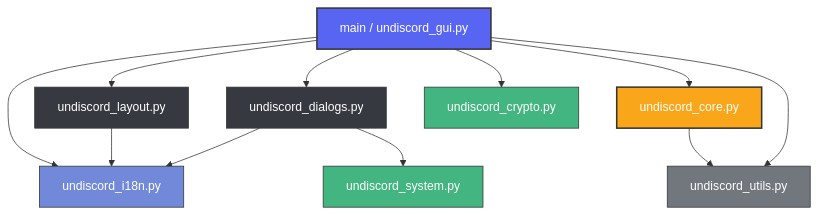
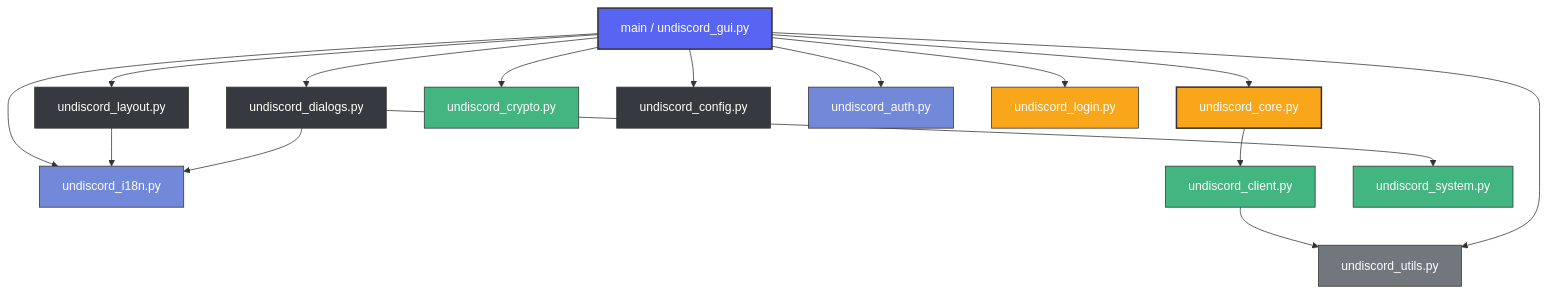
One commit to LibraLightLuda/ClearDiscord changed the diagram in NAVIGATOR.md. Above: the diagram before and after it, drawn with Mermaid. The commit also changed other lines of this file, not shown here.

Commit message:
docs: update NAVIGATOR.md architecture diagrams and module descriptions

````diff
--- a/NAVIGATOR.md
+++ b/NAVIGATOR.md
@@ -11,25 +11,36 @@
 ```mermaid
 graph TD
     %% Node Definitions
-    A[main / undiscord_gui.py] --> B[undiscord_layout.py]
-    A --> C[undiscord_dialogs.py]
-    A --> D[undiscord_core.py]
-    A --> E[undiscord_crypto.py]
-    A --> H[undiscord_i18n.py]
+    A["main / undiscord_gui.py"] --> B["undiscord_layout.py"]
+    A --> C["undiscord_dialogs.py"]
+    A --> D["undiscord_core.py"]
+    A --> E["undiscord_crypto.py"]
+    A --> H["undiscord_i18n.py"]
+    
+    %% New Modules
+    A --> I["undiscord_config.py"]
+    A --> J["undiscord_auth.py"]
+    A --> K["undiscord_login.py"]
+    
+    D --> L["undiscord_client.py"]
+    L --> G["undiscord_utils.py"]
     
     B --> H
     C --> H
-    C --> F[undiscord_system.py]
-    D --> G[undiscord_utils.py]
+    C --> F["undiscord_system.py"]
     A --> G
     
     %% Style Styling
     style A fill:#5865f2,stroke:#333,stroke-width:2px,color:#fff
     style B fill:#36393f,stroke:#333,stroke-width:1px,color:#fff
     style C fill:#36393f,stroke:#333,stroke-width:1px,color:#fff
     style D fill:#faa61a,stroke:#333,stroke-width:2px,color:#fff
     style E fill:#43b581,stroke:#333,stroke-width:1px,color:#fff
     style F fill:#43b581,stroke:#333,stroke-width:1px,color:#fff
     style G fill:#72767d,stroke:#333,stroke-width:1px,color:#fff
     style H fill:#7289da,stroke:#333,stroke-width:1px,color:#fff
+    style I fill:#36393f,stroke:#333,stroke-width:1px,color:#fff
+    style J fill:#7289da,stroke:#333,stroke-width:1px,color:#fff
+    style K fill:#faa61a,stroke:#333,stroke-width:1px,color:#fff
+    style L fill:#43b581,stroke:#333,stroke-width:1px,color:#fff
 ```
````
